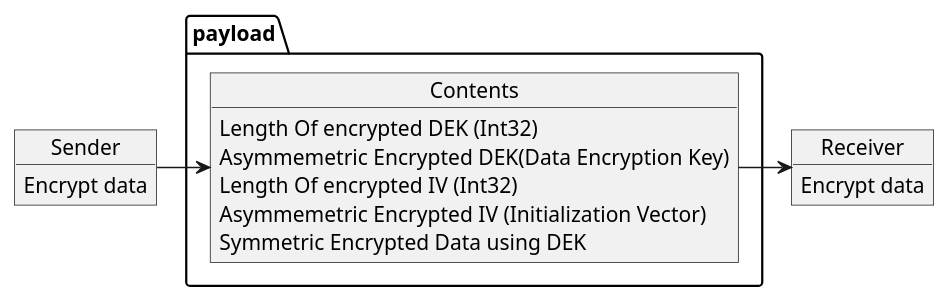
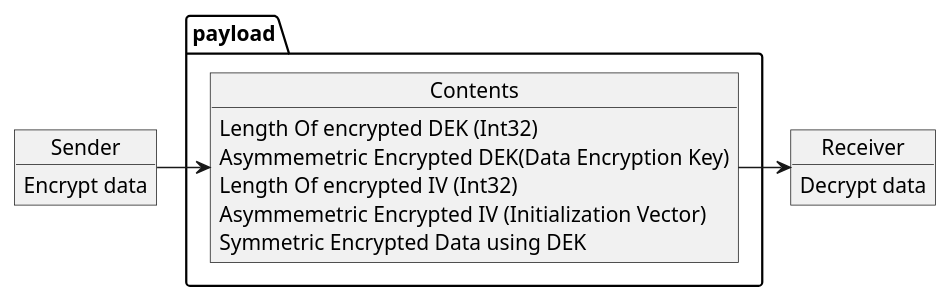
One commit to vplusplus/Org.Security.Cryptography.X509Extensions changed the diagram in diagrams/simple.puml. Above: the diagram before and after it, drawn with PlantUML.

```diff
--- a/diagrams/simple.puml
+++ b/diagrams/simple.puml
@@ -1,19 +1,19 @@
 @startuml
 object Sender {
     Encrypt data
 }
 package payload {
     object Contents{
         Length Of encrypted DEK (Int32)
         Asymmemetric Encrypted DEK(Data Encryption Key)  
         Length Of encrypted IV (Int32)
         Asymmemetric Encrypted IV (Initialization Vector)
         Symmetric Encrypted Data using DEK
     }
 }
 object Receiver {
-    Encrypt data
+    Decrypt data
 }
 Sender -right-> Contents
 Contents -right-> Receiver
 @enduml
```
